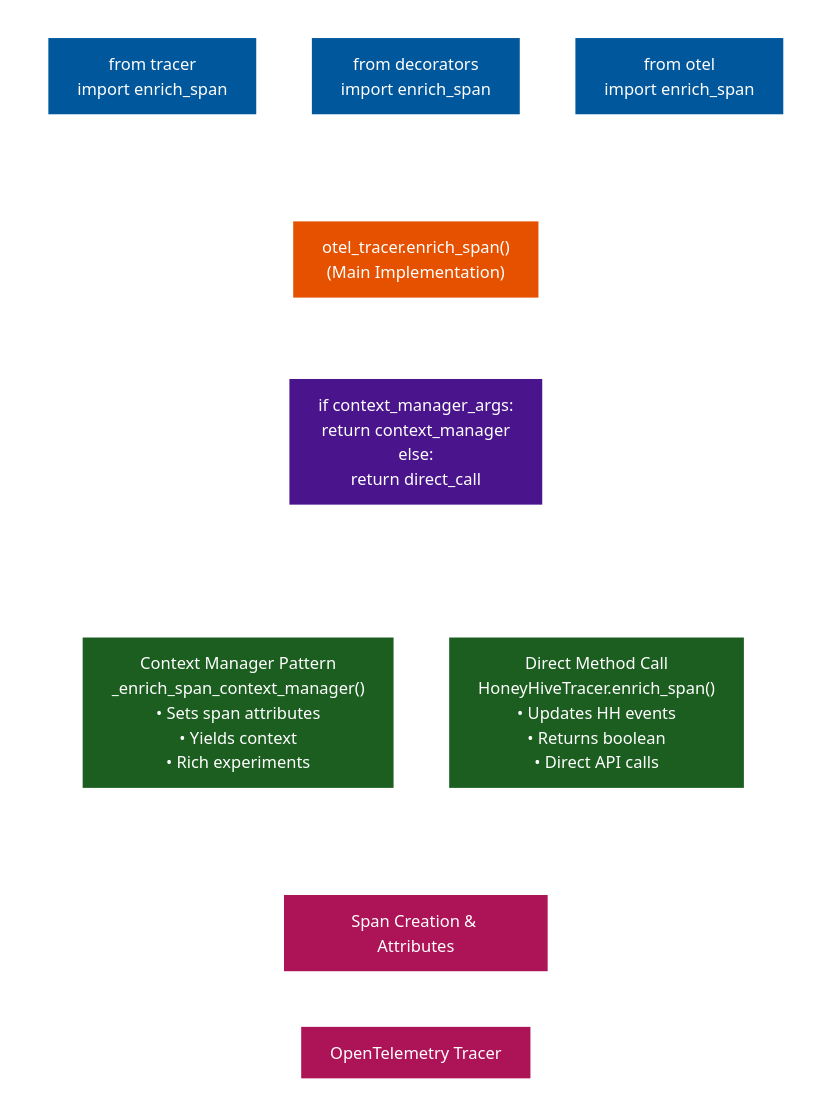
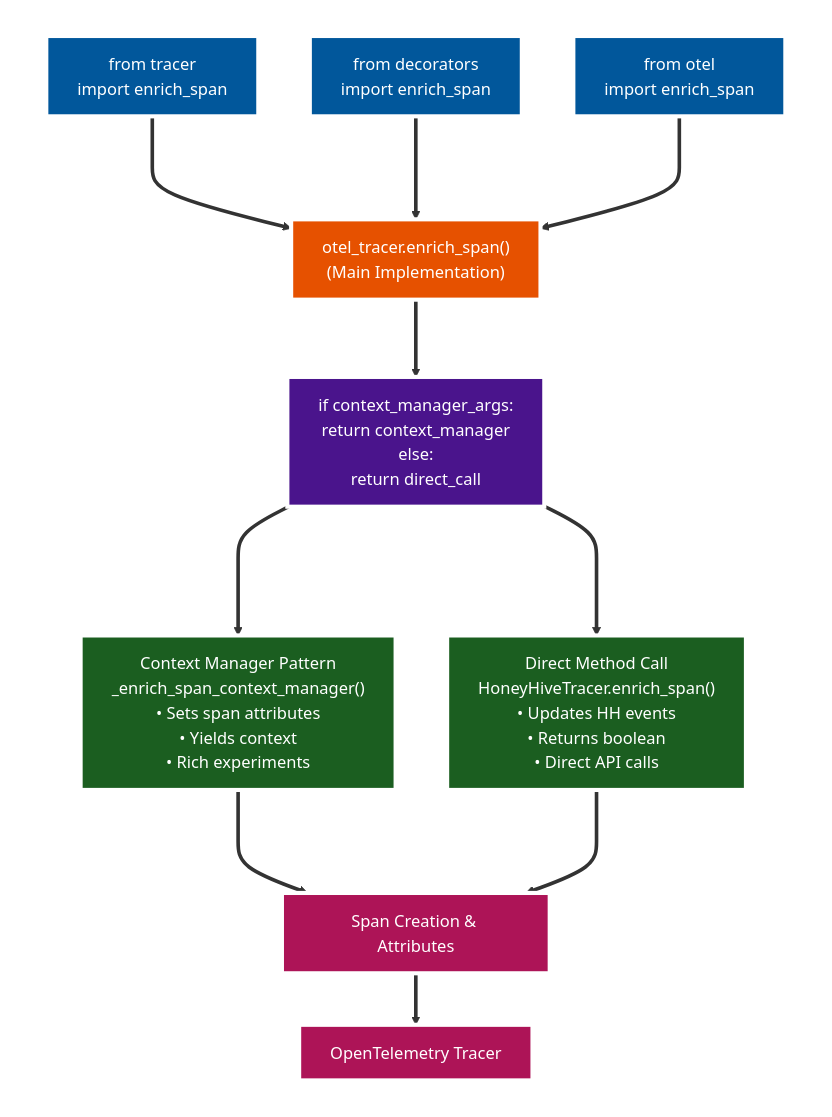
One commit to honeyhiveai/python-sdk changed the diagram in docs/explanation/concepts/tracing-fundamentals.rst. Above: the diagram before and after it, drawn with Mermaid. The commit also changed 3 other files, not shown here.

First line of the commit message:
fix: Make Mermaid arrows visible in light theme

```diff
--- a/docs/explanation/concepts/tracing-fundamentals.rst
+++ b/docs/explanation/concepts/tracing-fundamentals.rst
@@ -112,53 +112,53 @@
 .. mermaid::
 
-   %%{init: {'theme':'base', 'themeVariables': {'primaryColor': '#4F81BD', 'primaryTextColor': '#ffffff', 'primaryBorderColor': '#ffffff', 'lineColor': '#ffffff', 'mainBkg': 'transparent', 'secondBkg': 'transparent', 'tertiaryColor': 'transparent', 'clusterBkg': 'transparent', 'clusterBorder': '#ffffff', 'edgeLabelBackground': 'transparent', 'background': 'transparent'}, 'flowchart': {'linkColor': '#ffffff', 'linkWidth': 2}}}%%
+   %%{init: {'theme':'base', 'themeVariables': {'primaryColor': '#4F81BD', 'primaryTextColor': '#ffffff', 'primaryBorderColor': '#ffffff', 'lineColor': '#333333', 'mainBkg': 'transparent', 'secondBkg': 'transparent', 'tertiaryColor': 'transparent', 'clusterBkg': 'transparent', 'clusterBorder': '#ffffff', 'edgeLabelBackground': 'transparent', 'background': 'transparent'}, 'flowchart': {'linkColor': '#333333', 'linkWidth': 2}}}%%
    graph TB
        subgraph "Enrichment Entry Points"
            EP1["from tracer<br/>import enrich_span"]
            EP2["from decorators<br/>import enrich_span"]
            EP3["from otel<br/>import enrich_span"]
        end
        
        subgraph "Unified Implementation"
            UI["otel_tracer.enrich_span()<br/>(Main Implementation)"]
            
            subgraph "Pattern Detection Logic"
                PD["if context_manager_args:<br/>return context_manager<br/>else:<br/>return direct_call"]
            end
        end
        
        subgraph "Execution Paths"
            CM["Context Manager Pattern<br/>_enrich_span_context_manager()<br/>• Sets span attributes<br/>• Yields context<br/>• Rich experiments"]
            DC["Direct Method Call<br/>HoneyHiveTracer.enrich_span()<br/>• Updates HH events<br/>• Returns boolean<br/>• Direct API calls"]
        end
        
        subgraph "OpenTelemetry Integration"
            SPAN["Span Creation & Attributes"]
            OTEL["OpenTelemetry Tracer"]
        end
        
        EP1 ==> UI
        EP2 ==> UI  
        EP3 ==> UI
        
        UI ==> PD
        
        PD ==> CM
        PD ==> DC
        
        CM ==> SPAN
        DC ==> SPAN
        
        SPAN ==> OTEL
        
        classDef entryPoint fill:#01579b,stroke:#ffffff,stroke-width:4px,color:#ffffff
        classDef unified fill:#e65100,stroke:#ffffff,stroke-width:4px,color:#ffffff
        classDef pattern fill:#4a148c,stroke:#ffffff,stroke-width:4px,color:#ffffff
        classDef execution fill:#1b5e20,stroke:#ffffff,stroke-width:4px,color:#ffffff
        classDef otel fill:#ad1457,stroke:#ffffff,stroke-width:4px,color:#ffffff
        
        class EP1,EP2,EP3 entryPoint
        class UI unified
        class PD pattern
        class CM,DC execution
        class SPAN,OTEL otel
```
